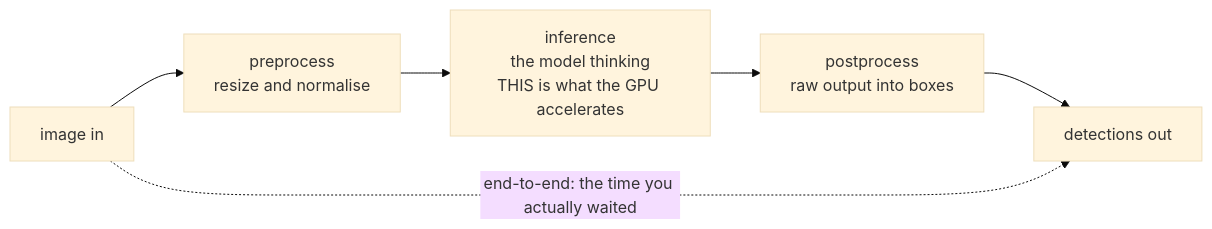
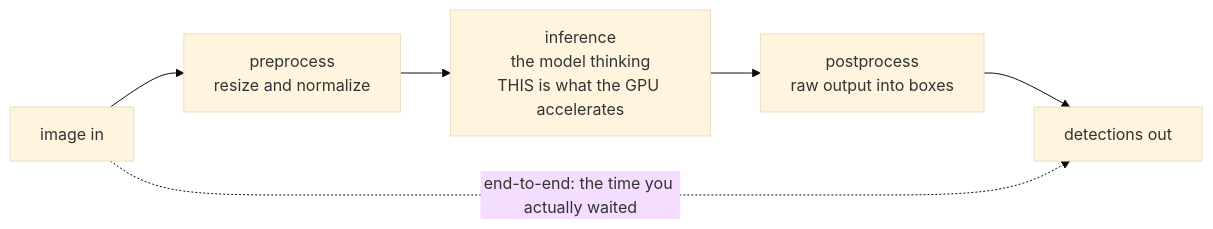
One commit to mpapka/EdgeNotebook changed the first of 2 diagrams in Stories/05.md. Above: the diagram before and after it, drawn with Mermaid (base theme). The commit also changed 14 other files, not shown here.

````diff
--- a/Stories/05.md
+++ b/Stories/05.md
@@ -41,8 +41,8 @@
 ```mermaid
 flowchart LR
-  Img["image in"] --> Pre["preprocess<br/>resize and normalise"]
+  Img["image in"] --> Pre["preprocess<br/>resize and normalize"]
   Pre --> Inf["inference<br/>the model thinking<br/>THIS is what the GPU accelerates"]
   Inf --> Post["postprocess<br/>raw output into boxes"]
   Post --> Out["detections out"]
   Img -.->|"end-to-end: the time you actually waited"| Out
 ```
````
